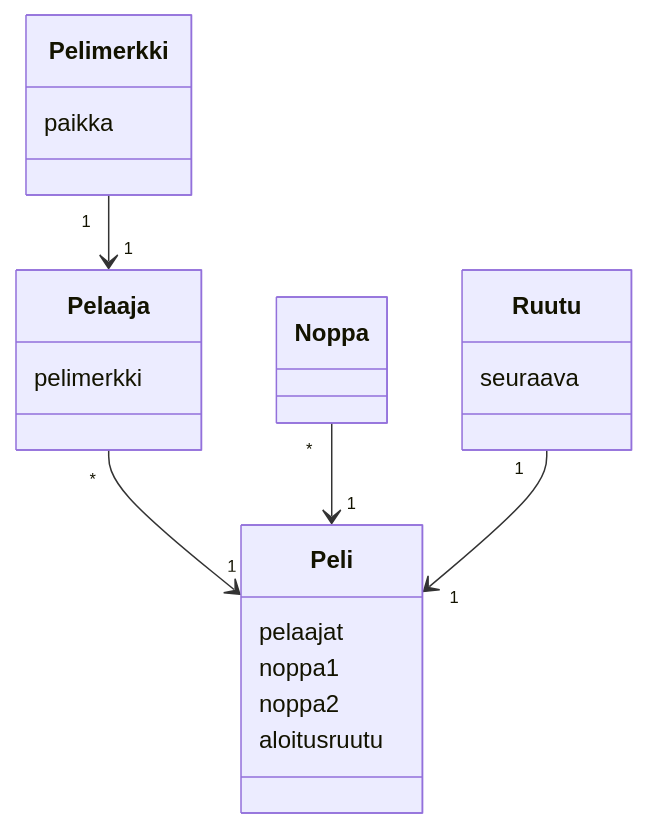
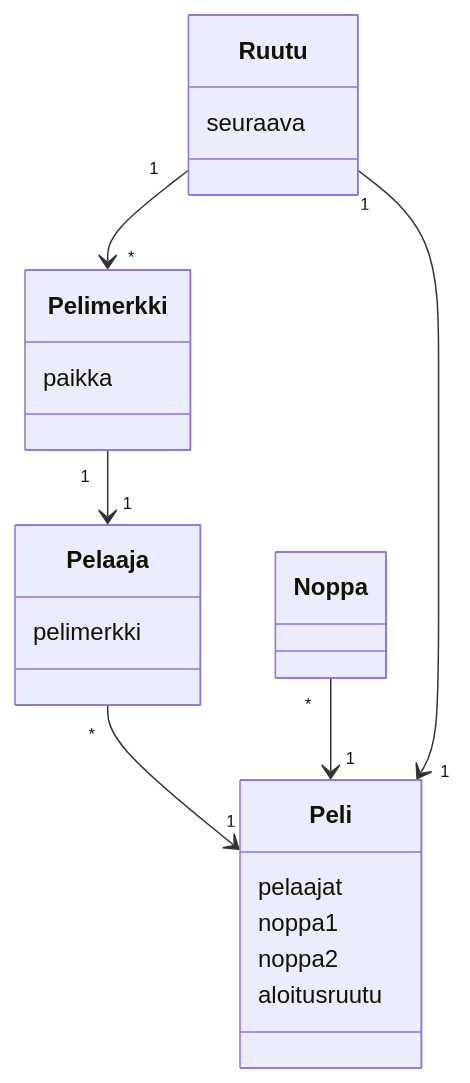
Before and after one commit to Capscience/ot-harjoitustyo: the diagram in laskarit/viikko3/monopoli.md, drawn with Mermaid.

````diff
--- a/laskarit/viikko3/monopoli.md
+++ b/laskarit/viikko3/monopoli.md
@@ -5,24 +5,25 @@
 ```mermaid
 classDiagram
 	Pelimerkki "1" --> "1" Pelaaja
 	Pelaaja "*" --> "1" Peli
 	Noppa "*" --> "1" Peli
 	Ruutu "1" --> "1" Peli
+	Ruutu "1" --> "*" Pelimerkki
 	class Pelimerkki{
 	      paikka
 	}
 	class Pelaaja{
 	      pelimerkki
 	}
 	class Peli{
 	      pelaajat
 	      noppa1
 	      noppa2
 	      aloitusruutu
 	}
 	class Ruutu{
 	      seuraava
 	}
 	class Noppa{
 	}
 ```
````
